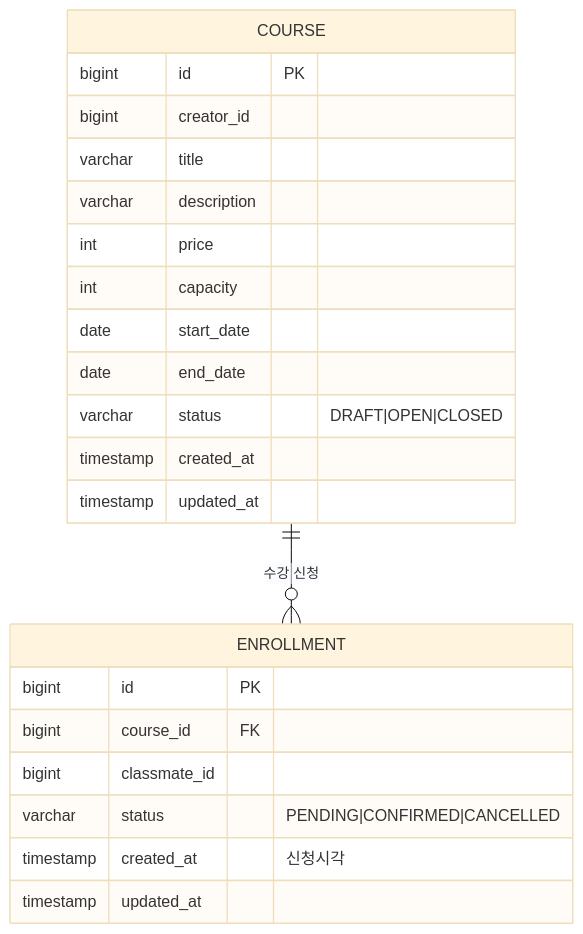
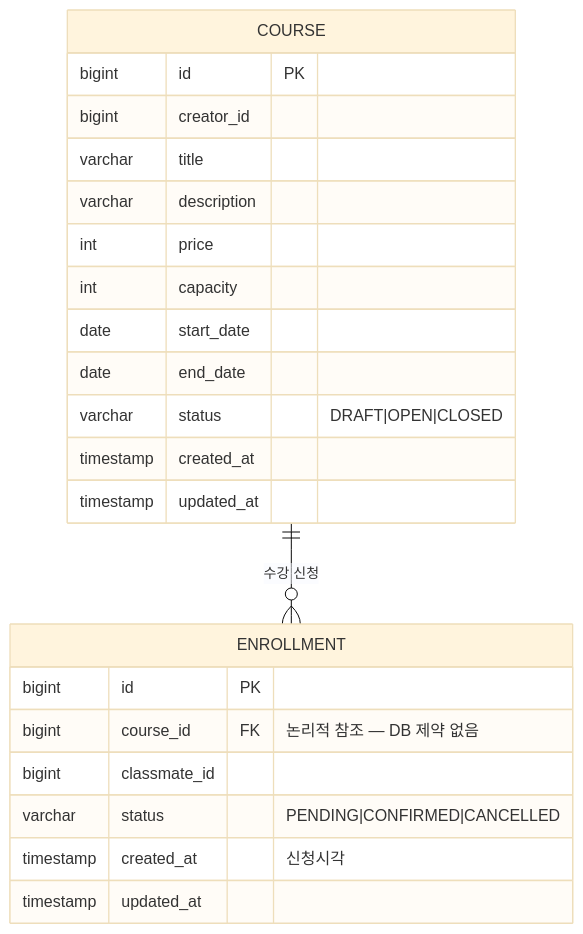
The diagram in README.md (g1ennk/course-registration), drawn with Mermaid (base theme) before and after one commit. The commit also changed other lines of this file, not shown here.

````diff
--- a/README.md
+++ b/README.md
@@ -221,27 +257,27 @@
 ```mermaid
 erDiagram
     COURSE {
         bigint id PK
         bigint creator_id
         varchar title
         varchar description
         int price
         int capacity
         date start_date
         date end_date
         varchar status "DRAFT|OPEN|CLOSED"
         timestamp created_at
         timestamp updated_at
     }
 
     ENROLLMENT {
         bigint id PK
-        bigint course_id FK
+        bigint course_id FK "논리적 참조 — DB 제약 없음"
         bigint classmate_id
         varchar status "PENDING|CONFIRMED|CANCELLED"
         timestamp created_at "신청시각"
         timestamp updated_at
     }
 
     COURSE ||--o{ ENROLLMENT: "수강 신청"
 ```
````
